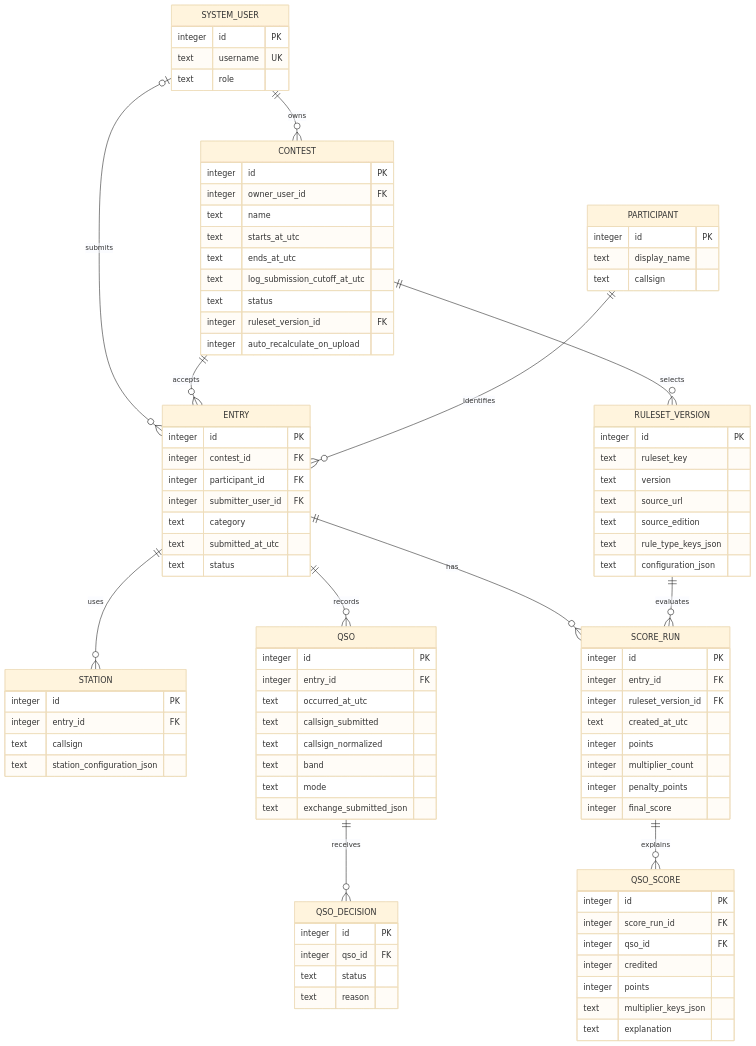
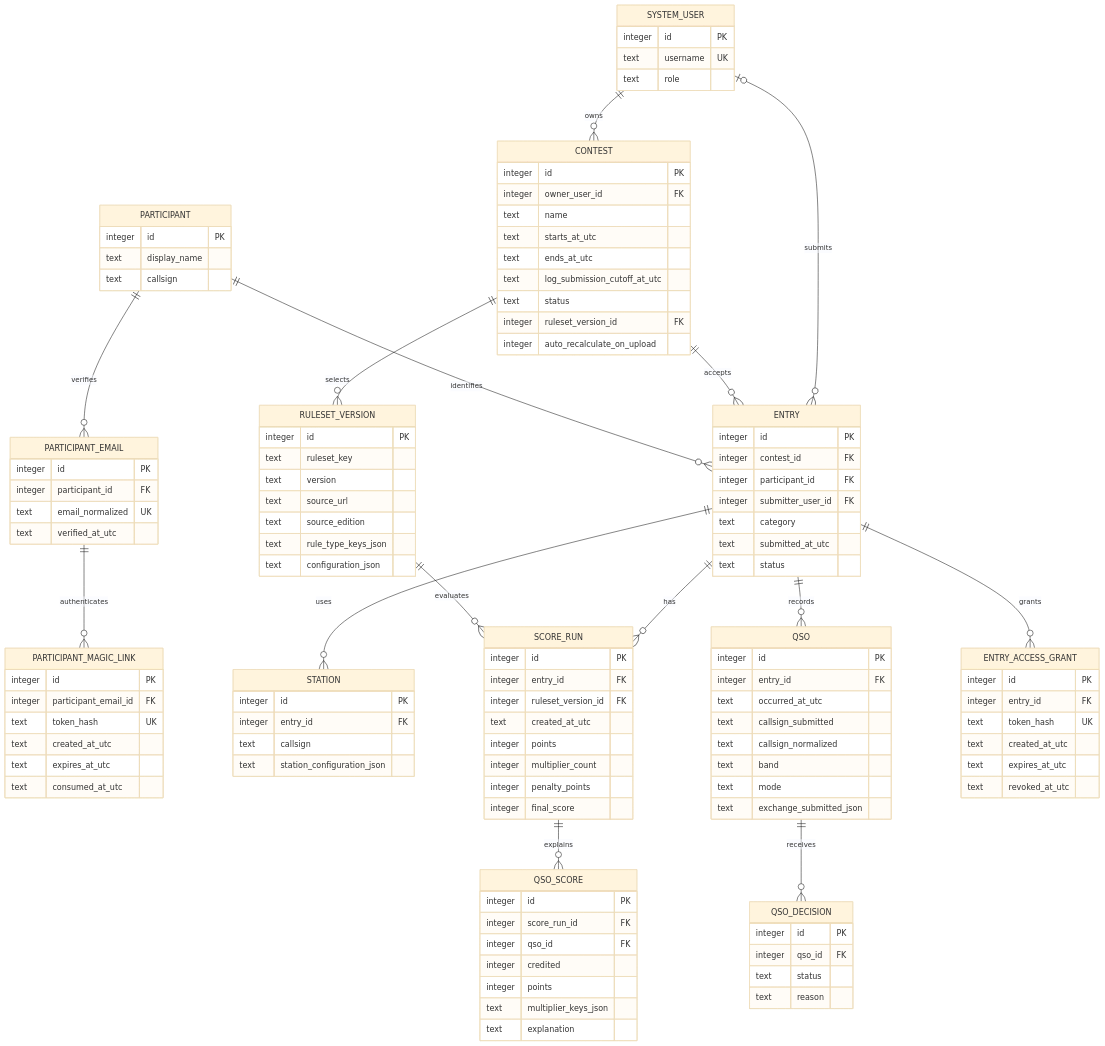
The second of 3 diagrams in documentation/README.md (ea7klk/contestmaster), drawn with Mermaid (base theme) before and after one commit. The commit also changed other lines of this file and 1 other file, not shown here.

Commit message:
Document participant magic link access

```diff
--- a/documentation/README.md
+++ b/documentation/README.md
@@ -115,11 +116,14 @@
     SYSTEM_USER o|--o{ ENTRY : submits
     CONTEST ||--o{ ENTRY : accepts
     PARTICIPANT ||--o{ ENTRY : identifies
+    PARTICIPANT ||--o{ PARTICIPANT_EMAIL : verifies
+    PARTICIPANT_EMAIL ||--o{ PARTICIPANT_MAGIC_LINK : authenticates
     CONTEST ||--o{ RULESET_VERSION : selects
     ENTRY ||--o{ STATION : uses
     ENTRY ||--o{ QSO : records
     QSO ||--o{ QSO_DECISION : receives
     ENTRY ||--o{ SCORE_RUN : has
+    ENTRY ||--o{ ENTRY_ACCESS_GRANT : grants
     RULESET_VERSION ||--o{ SCORE_RUN : evaluates
     SCORE_RUN ||--o{ QSO_SCORE : explains
 
@@ -144,6 +148,20 @@
         text display_name
         text callsign
     }
+    PARTICIPANT_EMAIL {
+        integer id PK
+        integer participant_id FK
+        text email_normalized UK
+        text verified_at_utc
+    }
+    PARTICIPANT_MAGIC_LINK {
+        integer id PK
+        integer participant_email_id FK
+        text token_hash UK
+        text created_at_utc
+        text expires_at_utc
+        text consumed_at_utc
+    }
     RULESET_VERSION {
         integer id PK
         text ruleset_key
@@ -161,6 +179,14 @@
         text category
         text submitted_at_utc
         text status
+    }
+    ENTRY_ACCESS_GRANT {
+        integer id PK
+        integer entry_id FK
+        text token_hash UK
+        text created_at_utc
+        text expires_at_utc
+        text revoked_at_utc
     }
     STATION {
         integer id PK
```
